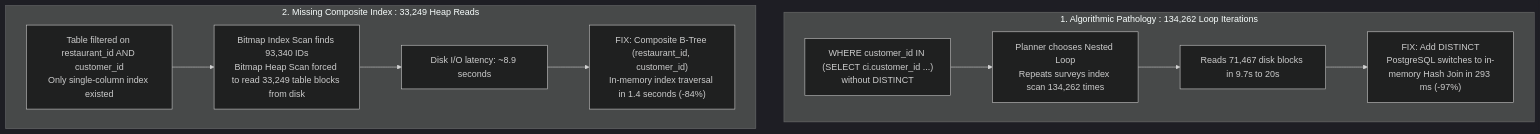
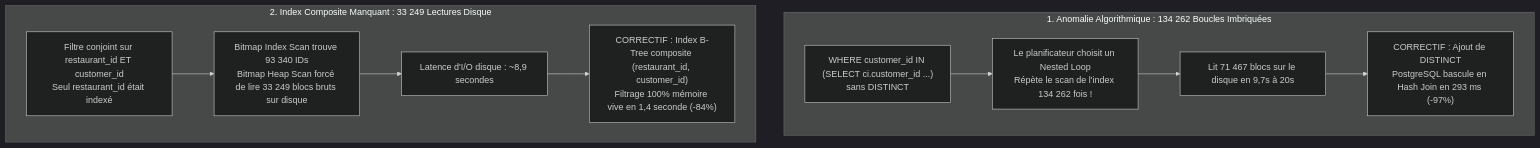
Before and after one commit to romainchavalle/postgresql-performance-audit-harness: the diagram in README.md, drawn with Mermaid (dark theme). The commit also changed other lines of this file, not shown here.

````diff
--- a/README.md
+++ b/README.md
@@ -41,14 +41,14 @@
 ```mermaid
 flowchart TD
-    subgraph Pathology1["1. Algorithmic Pathology : 134,262 Loop Iterations"]
-        A1["WHERE customer_id IN (SELECT ci.customer_id ...)<br/>without DISTINCT"] --> B1["Planner chooses Nested Loop<br/>Repeats surveys index scan 134,262 times"]
-        B1 --> C1["Reads 71,467 disk blocks in 9.7s to 20s"]
-        C1 --> D1["FIX: Add DISTINCT<br/>PostgreSQL switches to in-memory Hash Join in 293 ms (-97%)"]
+    subgraph Pathologie1["1. Anomalie Algorithmique : 134 262 Boucles Imbriquées"]
+        A1["WHERE customer_id IN (SELECT ci.customer_id ...)<br/>sans DISTINCT"] --> B1["Le planificateur choisit un Nested Loop<br/>Répète le scan de l'index 134 262 fois !"]
+        B1 --> C1["Lit 71 467 blocs sur le disque en 9,7s à 20s"]
+        C1 --> D1["CORRECTIF : Ajout de DISTINCT<br/>PostgreSQL bascule en Hash Join en 293 ms (-97%)"]
     end
 
-    subgraph Pathology2["2. Missing Composite Index : 33,249 Heap Reads"]
-        A2["Table filtered on restaurant_id AND customer_id<br/>Only single-column index existed"] --> B2["Bitmap Index Scan finds 93,340 IDs<br/>Bitmap Heap Scan forced to read 33,249 table blocks from disk"]
-        B2 --> C2["Disk I/O latency: ~8.9 seconds"]
-        C2 --> D2["FIX: Composite B-Tree (restaurant_id, customer_id)<br/>In-memory index traversal in 1.4 seconds (-84%)"]
+    subgraph Pathologie2["2. Index Composite Manquant : 33 249 Lectures Disque"]
+        A2["Filtre conjoint sur restaurant_id ET customer_id<br/>Seul restaurant_id était indexé"] --> B2["Bitmap Index Scan trouve 93 340 IDs<br/>Bitmap Heap Scan forcé de lire 33 249 blocs bruts sur disque"]
+        B2 --> C2["Latence d'I/O disque : ~8,9 secondes"]
+        C2 --> D2["CORRECTIF : Index B-Tree composite (restaurant_id, customer_id)<br/>Filtrage 100% mémoire vive en 1,4 seconde (-84%)"]
     end
 ```
````
